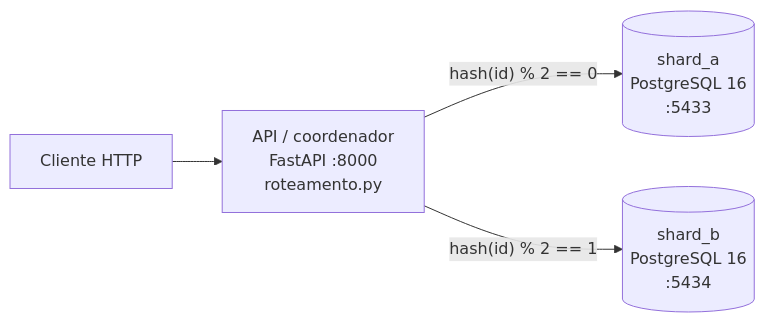
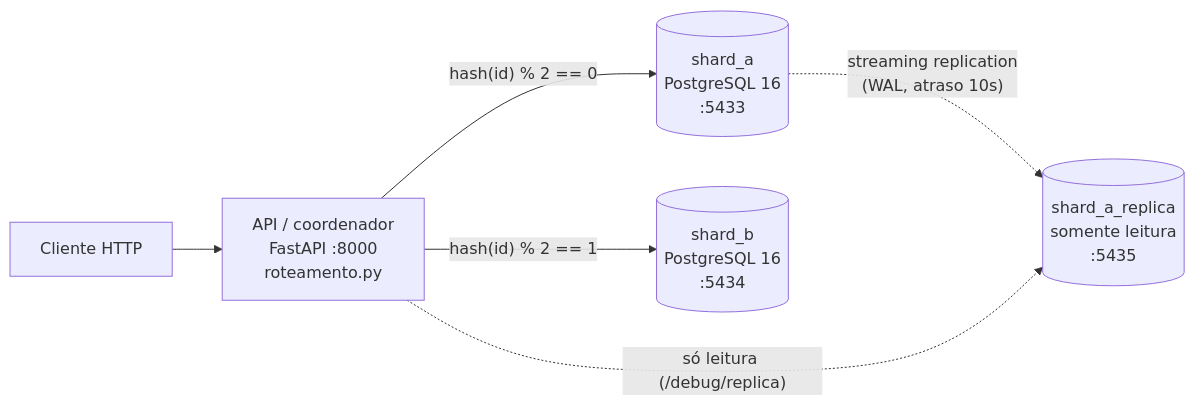
Before and after one commit to julianatali31/E-Commerce-BD2: the diagram in README.md, drawn with Mermaid. The commit also changed other lines of this file and 16 other files, not shown here.

````diff
--- a/README.md
+++ b/README.md
@@ -20,6 +20,8 @@
 ```mermaid
 flowchart LR
     U[Cliente HTTP] --> API["API / coordenador<br/>FastAPI :8000<br/>roteamento.py"]
     API -- "hash(id) % 2 == 0" --> A[("shard_a<br/>PostgreSQL 16<br/>:5433")]
     API -- "hash(id) % 2 == 1" --> B[("shard_b<br/>PostgreSQL 16<br/>:5434")]
+    A -. "streaming replication<br/>(WAL, atraso 10s)" .-> R[("shard_a_replica<br/>somente leitura<br/>:5435")]
+    API -. "só leitura (/debug/replica)" .-> R
 ```
````
